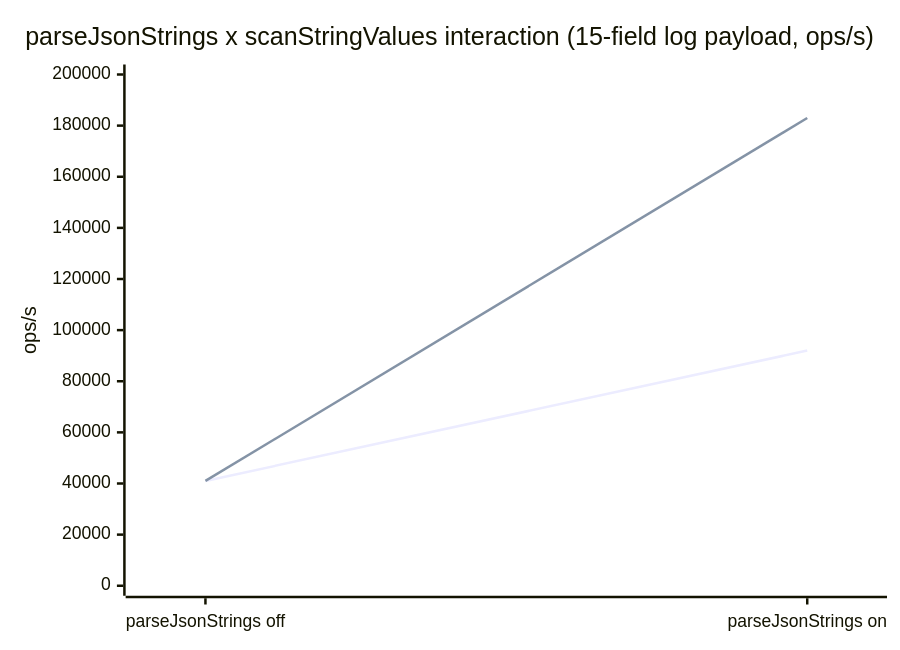
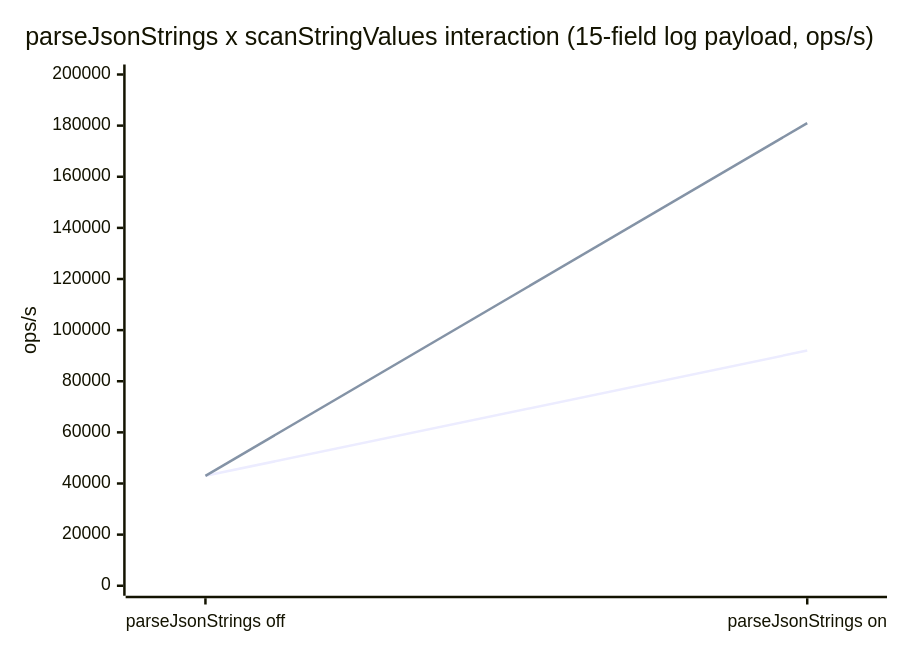
The third of 3 diagrams in docs/performance.md (ioncache/data-sanitization), drawn with Mermaid before and after one commit. The commit also changed other lines of this file and 6 other files, not shown here.

````diff
--- a/docs/performance.md
+++ b/docs/performance.md
@@ -369,8 +370,8 @@
 ```mermaid
 xychart-beta
     title "parseJsonStrings x scanStringValues interaction (15-field log payload, ops/s)"
     x-axis ["parseJsonStrings off", "parseJsonStrings on"]
     y-axis "ops/s" 0 --> 200000
-    line [41000, 92000]
-    line [41000, 183000]
+    line [43000, 92000]
+    line [43000, 181000]
 ```
````
